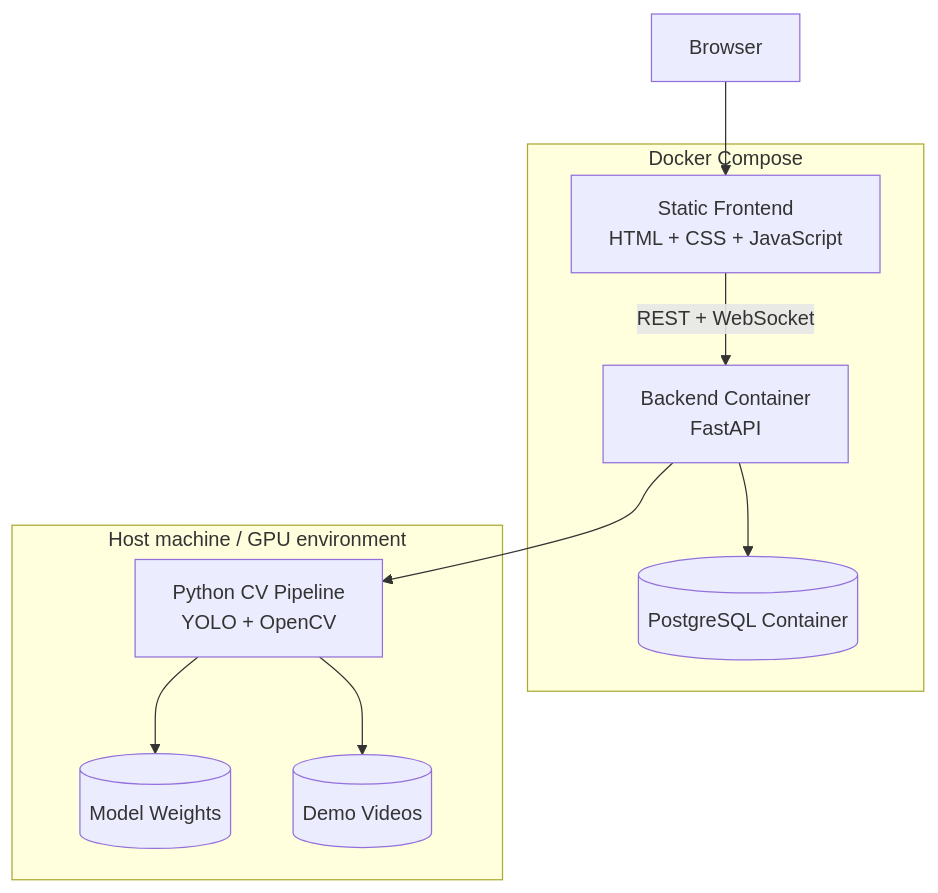
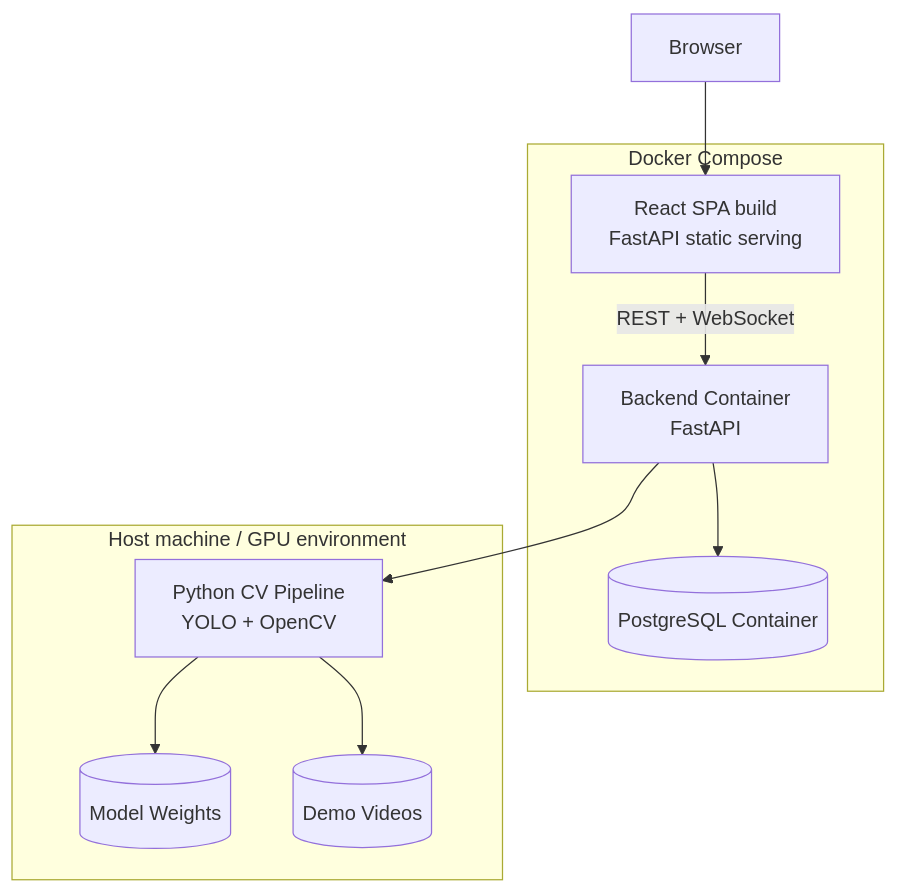
Before and after one commit to NguyenNhat4/Sentiel-safety-intelligent: the first of 2 diagrams in ARCHITECTURE.md, drawn with Mermaid. The commit also changed other lines of this file and 66 other files, not shown here.

Commit message:
refactor: migrate frontend to Vite/React/TypeScript and reorganize module-based structure into feature-based architecture

````diff
--- a/ARCHITECTURE.md
+++ b/ARCHITECTURE.md
@@ -10,23 +10,23 @@
 ```mermaid
 flowchart TB
     BROWSER["Browser"]
 
     subgraph DOCKER["Docker Compose"]
-        FRONTEND["Static Frontend<br/>HTML + CSS + JavaScript"]
+        FRONTEND["React SPA build<br/>FastAPI static serving"]
         BACKEND["Backend Container<br/>FastAPI"]
         DB[("PostgreSQL Container")]
     end
 
     subgraph HOST["Host machine / GPU environment"]
         CVWORKER["Python CV Pipeline<br/>YOLO + OpenCV"]
         MODELS[("Model Weights")]
         VIDEOS[("Demo Videos")]
     end
 
     BROWSER --> FRONTEND
     FRONTEND -->|REST + WebSocket| BACKEND
     BACKEND --> DB
     BACKEND --> CVWORKER
     CVWORKER --> MODELS
     CVWORKER --> VIDEOS
 ```
````
